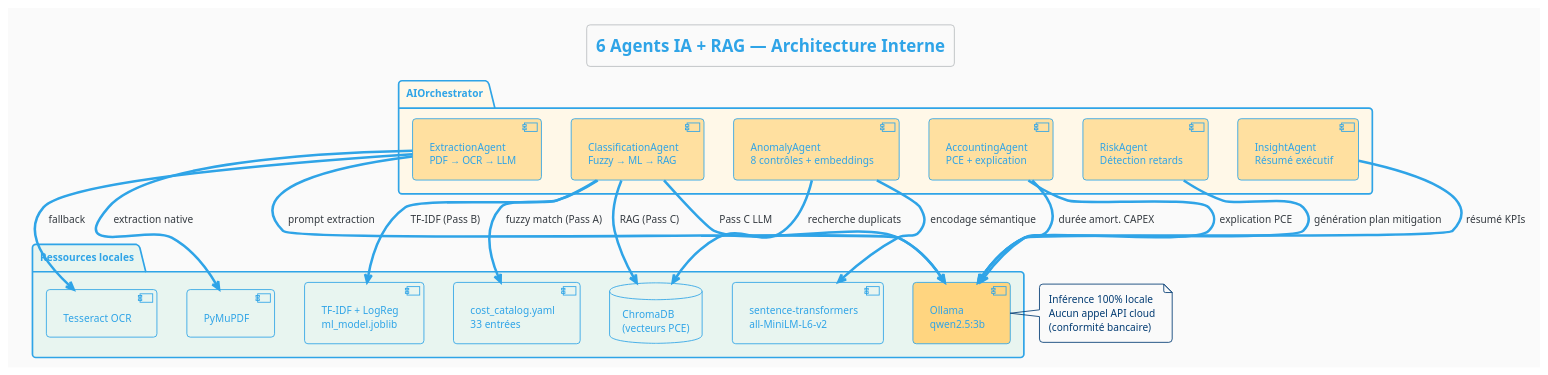
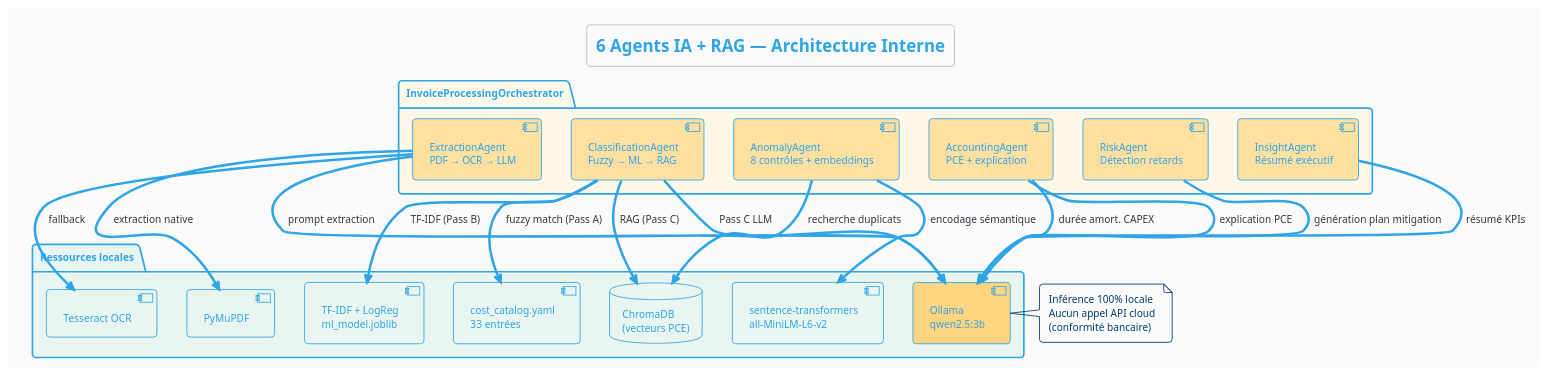
Before and after one commit to bayaCh05/biat-billing-agent: the third of 18 diagrams in docs/diagrams/all_plantuml.puml, drawn with PlantUML. The commit also changed other lines of this file and 23 other files, not shown here.

First line of the commit message:
refactor: rename AIOrchestrator to InvoiceProcessingOrchestrator

```diff
--- a/docs/diagrams/all_plantuml.puml
+++ b/docs/diagrams/all_plantuml.puml
@@ -162,49 +162,49 @@
 @startuml Diagram03_AgentsIA
 !theme cerulean-outline
 skinparam backgroundColor #FAFAFA
 title 6 Agents IA + RAG — Architecture Interne
 
-package "AIOrchestrator" #FFF8E8 {
+package "InvoiceProcessingOrchestrator" #FFF8E8 {
   [ExtractionAgent\nPDF → OCR → LLM] as EA #FFE0A0
   [ClassificationAgent\nFuzzy → ML → RAG] as CA #FFE0A0
   [AnomalyAgent\n8 contrôles + embeddings] as AA #FFE0A0
   [AccountingAgent\nPCE + explication] as AccA #FFE0A0
   [RiskAgent\nDétection retards] as RA #FFE0A0
   [InsightAgent\nRésumé exécutif] as IA #FFE0A0
 }
 
 package "Ressources locales" #E8F5F0 {
   [Ollama\nqwen2.5:3b] as Ollama #FFD580
   [TF-IDF + LogReg\nml_model.joblib] as ML
   database "ChromaDB\n(vecteurs PCE)" as Chroma
   [sentence-transformers\nall-MiniLM-L6-v2] as ST
   [cost_catalog.yaml\n33 entrées] as Cat
   [Tesseract OCR] as OCR
   [PyMuPDF] as PDF
 }
 
 EA --> PDF : extraction native
 EA --> OCR : fallback
 EA --> Ollama : prompt extraction
 
 CA --> Cat : fuzzy match (Pass A)
 CA --> ML : TF-IDF (Pass B)
 CA --> Chroma : RAG (Pass C)
 CA --> Ollama : Pass C LLM
 
 AA --> ST : encodage sémantique
 AA --> Chroma : recherche duplicats
 
 AccA --> Ollama : explication PCE
 AccA --> Ollama : durée amort. CAPEX
 
 RA --> Ollama : génération plan mitigation
 
 IA --> Ollama : résumé KPIs
 
 note right of Ollama
   Inférence 100% locale
   Aucun appel API cloud
   (conformité bancaire)
 end note
 @enduml
```
